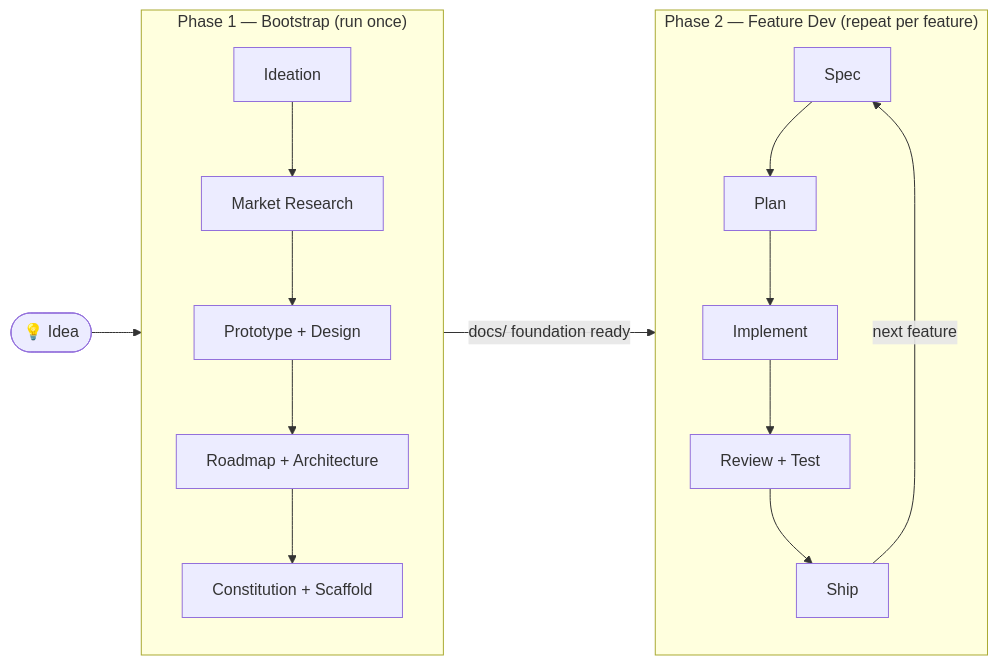
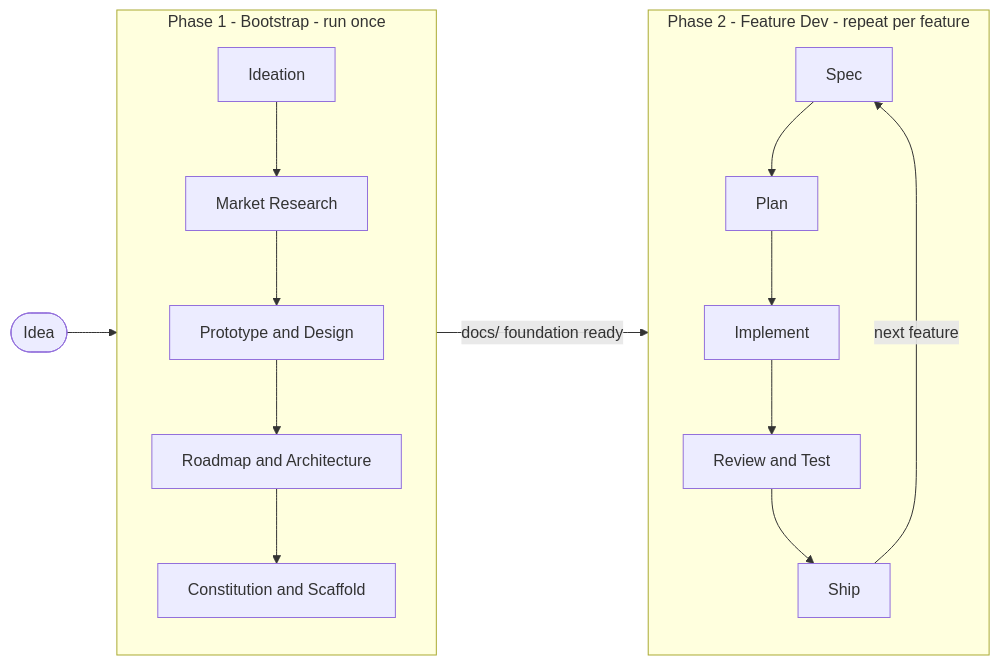
The diagram in README.md (KhoaLy2003/craft-kit), drawn with Mermaid before and after one commit. The commit also changed other lines of this file, not shown here.

Commit message:
fix: dead LICENSE link and Mermaid diagram rendering
- Badge: LICENSE -> absolute GitHub URL (VitePress dead link check)
- Mermaid: remove emoji and em dashes from labels (broke GitHub renderer)

````diff
--- a/README.md
+++ b/README.md
@@ -35,24 +35,24 @@
 ```mermaid
 flowchart LR
-    A([💡 Idea]) --> P1
+    A([Idea]) --> P1
 
-    subgraph P1["Phase 1 — Bootstrap  (run once)"]
+    subgraph P1[Phase 1 - Bootstrap - run once]
         direction TB
         B1[Ideation] --> B2[Market Research]
-        B2 --> B3[Prototype + Design]
-        B3 --> B4[Roadmap + Architecture]
-        B4 --> B5[Constitution + Scaffold]
+        B2 --> B3[Prototype and Design]
+        B3 --> B4[Roadmap and Architecture]
+        B4 --> B5[Constitution and Scaffold]
     end
 
-    P1 -->|"docs/ foundation ready"| P2
+    P1 -->|docs/ foundation ready| P2
 
-    subgraph P2["Phase 2 — Feature Dev  (repeat per feature)"]
+    subgraph P2[Phase 2 - Feature Dev - repeat per feature]
         direction TB
         C1[Spec] --> C2[Plan]
         C2 --> C3[Implement]
-        C3 --> C4[Review + Test]
+        C3 --> C4[Review and Test]
         C4 --> C5[Ship]
     end
 
     C5 -->|next feature| C1
 ```
````
